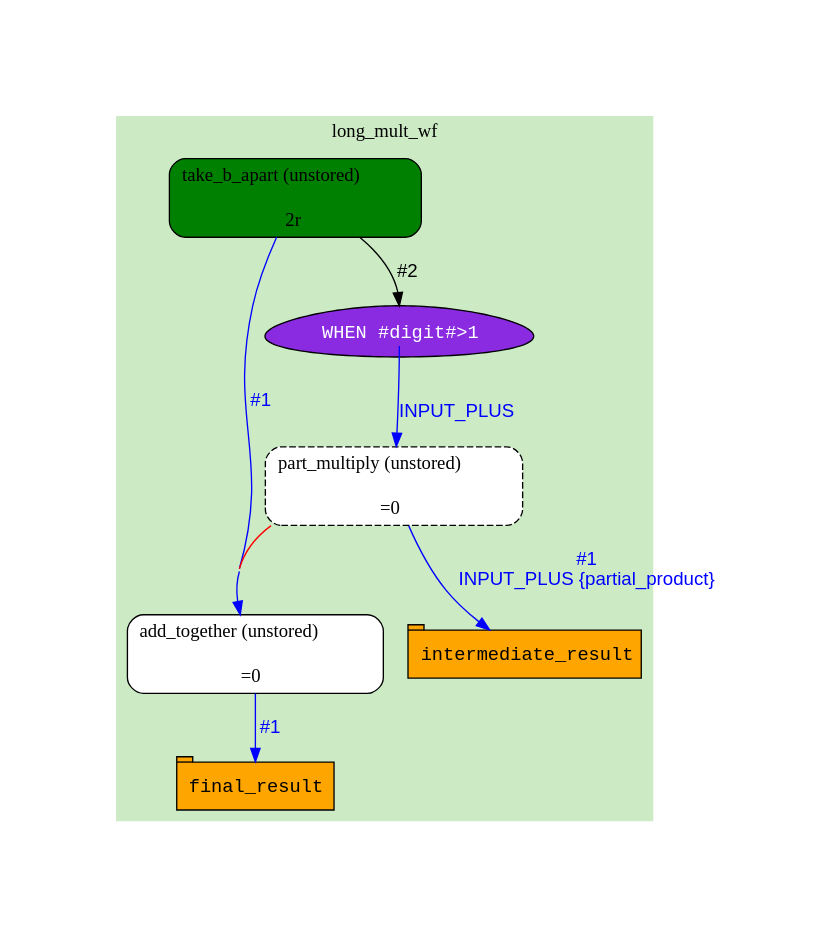
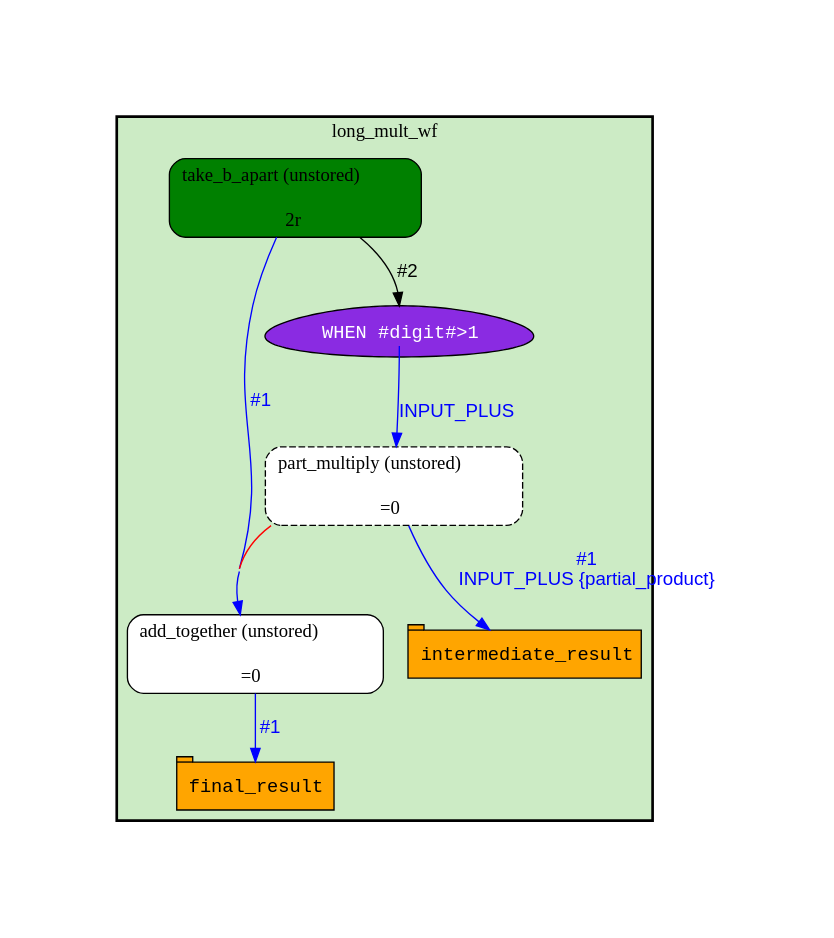
The diagram in t/03.scripts/generate_graph/LongMult::PipeConfig::LongMultWf_conf.unstored.dot (Ensembl/ensembl-hive), drawn with Graphviz before and after one commit. The commit also changed 10 other files, not shown here.

```diff
--- a/t/03.scripts/generate_graph/LongMult::PipeConfig::LongMultWf_conf.unstored.dot
+++ b/t/03.scripts/generate_graph/LongMult::PipeConfig::LongMultWf_conf.unstored.dot
@@ -1,28 +1,28 @@
 digraph test {
 	ratio="compress"; concentrate = "true"; name = "AnalysisWorkflow"; pad = "1.0";
 	analysis_take_b_apart [fillcolor="green", fontname="Times-Roman", label=<<table border="0" cellborder="0" cellspacing="0" cellpadding="1"><tr><td colspan="1">take_b_apart (unstored)</td></tr><tr><td colspan="1"> </td></tr><tr><td bgcolor="green" width="100%">2r</td></tr></table>>, shape="Mrecord", style="filled"];
 	analysis_add_together [fillcolor="white", fontname="Times-Roman", label=<<table border="0" cellborder="0" cellspacing="0" cellpadding="1"><tr><td colspan="1">add_together (unstored)</td></tr><tr><td colspan="1"> </td></tr><tr><td>=0</td></tr></table>>, shape="Mrecord", style="filled"];
 	analysis_part_multiply [fillcolor="white", fontname="Times-Roman", label=<<table border="0" cellborder="0" cellspacing="0" cellpadding="1"><tr><td colspan="1">part_multiply (unstored)</td></tr><tr><td colspan="1"> </td></tr><tr><td>=0</td></tr></table>>, shape="Mrecord", style="dashed, filled"];
 	table_final_result [fillcolor="orange", fontcolor="black", fontname="Courier", label=<<table border="0" cellborder="0" cellspacing="0" cellpadding="1"><tr><td colspan="1">final_result</td></tr></table>>, shape="tab", style="filled"];
 	dfr_p1_mp [fillcolor="blueviolet", fontcolor="white", fontname="Courier", label=<<table border="0" cellborder="0" cellspacing="0" cellpadding="1">i<tr><td></td></tr><tr><td port="cond_0">WHEN #digit#&gt;1</td></tr></table>>, shape="egg", style="filled"];
 	table_intermediate_result [fillcolor="orange", fontcolor="black", fontname="Courier", label=<<table border="0" cellborder="0" cellspacing="0" cellpadding="1"><tr><td colspan="1">intermediate_result</td></tr></table>>, shape="tab", style="filled"];
 	analysis_add_together -> table_final_result [color="blue", fontcolor="blue", fontname="Helvetica", label="#1\n"];
 	analysis_part_multiply -> analysis_add_together [arrowhead="tee", color="red"];
 	analysis_part_multiply -> table_intermediate_result [color="blue", fontcolor="blue", fontname="Helvetica", label="#1\nINPUT_PLUS {partial_product}"];
 	analysis_take_b_apart -> analysis_add_together [color="blue", fontcolor="blue", fontname="Helvetica", label="#1\n"];
 	analysis_take_b_apart -> dfr_p1_mp [arrowhead="normal", color="black", fontcolor="black", fontname="Helvetica", headport="n", label="#2"];
 	dfr_p1_mp -> analysis_part_multiply [color="blue", fontcolor="blue", fontname="Helvetica", label="\nINPUT_PLUS ", tailport="cond_0"];
 
 subgraph cluster_long_mult_wf {
 	label="long_mult_wf";
-	style=filled;
+	style="bold,filled";
 	colorscheme=pastel19;
-	color=3;
+	fillcolor=3;
 	analysis_take_b_apart;
 	dfr_p1_mp;
 	analysis_part_multiply;
 	table_intermediate_result;
 	analysis_add_together;
 	table_final_result;
 }
 }
```
